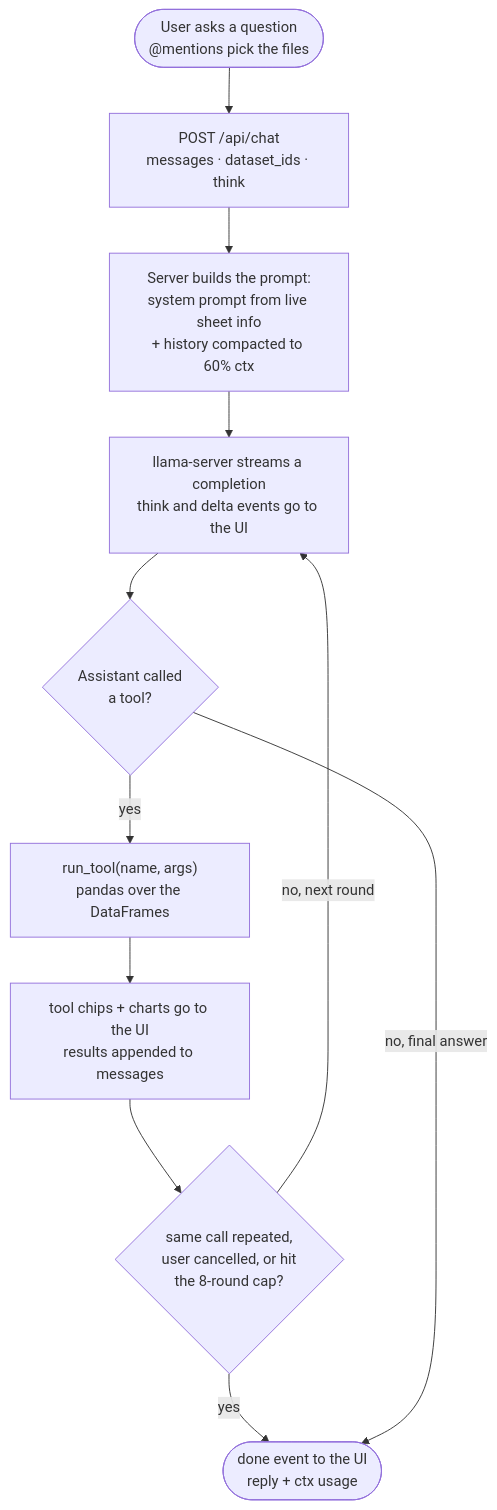
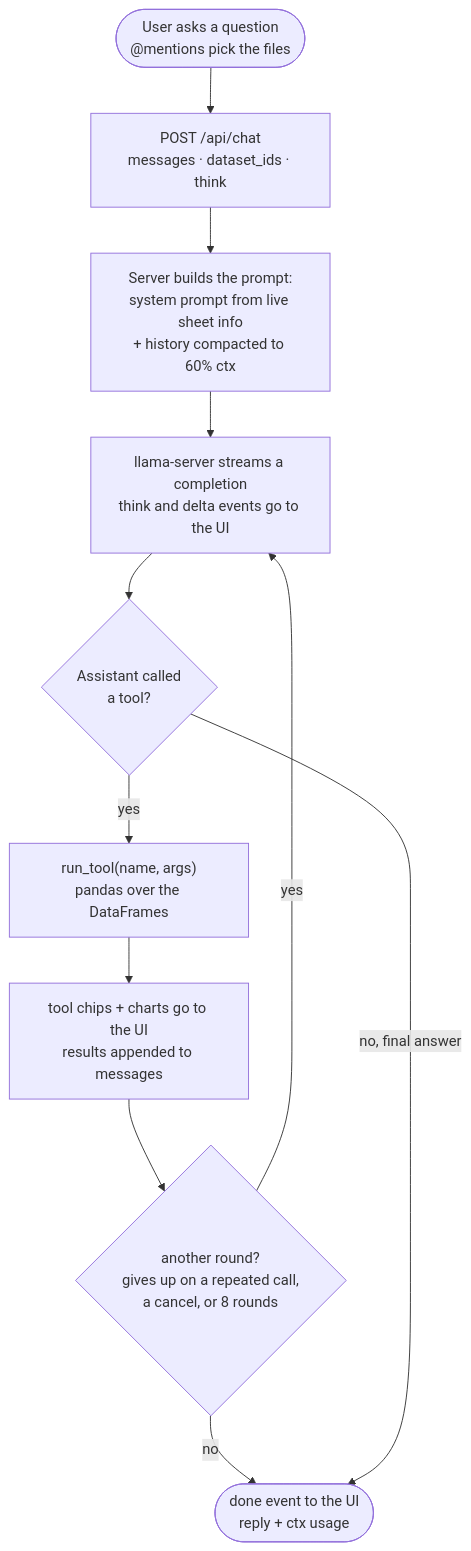
The second of 2 diagrams in README.md (shuhailycasan/tabitha), drawn with Mermaid before and after one commit.

Commit message:
Reword loop exit condition in agentic diagram
Generated with [Devin](https://devin.ai)

````diff
--- a/README.md
+++ b/README.md
@@ -94,13 +94,13 @@
 ```mermaid
 flowchart TD
     A(["User asks a question<br>@mentions pick the files"]) --> B["POST /api/chat<br>messages · dataset_ids · think"]
     B --> C["Server builds the prompt:<br>system prompt from live sheet info<br>+ history compacted to 60% ctx"]
     C --> D["llama-server streams a completion<br>think and delta events go to the UI"]
     D --> E{Assistant called<br>a tool?}
     E -- "yes" --> F["run_tool(name, args)<br>pandas over the DataFrames"]
     F --> G["tool chips + charts go to the UI<br>results appended to messages"]
-    G --> H{"same call repeated,<br>user cancelled, or hit<br>the 8-round cap?"}
-    H -- "no, next round" --> D
-    H -- "yes" --> Z(["done event to the UI<br>reply + ctx usage"])
+    G --> H{"another round?<br>gives up on a repeated call,<br>a cancel, or 8 rounds"}
+    H -- "yes" --> D
+    H -- "no" --> Z(["done event to the UI<br>reply + ctx usage"])
     E -- "no, final answer" --> Z
 ```
````
